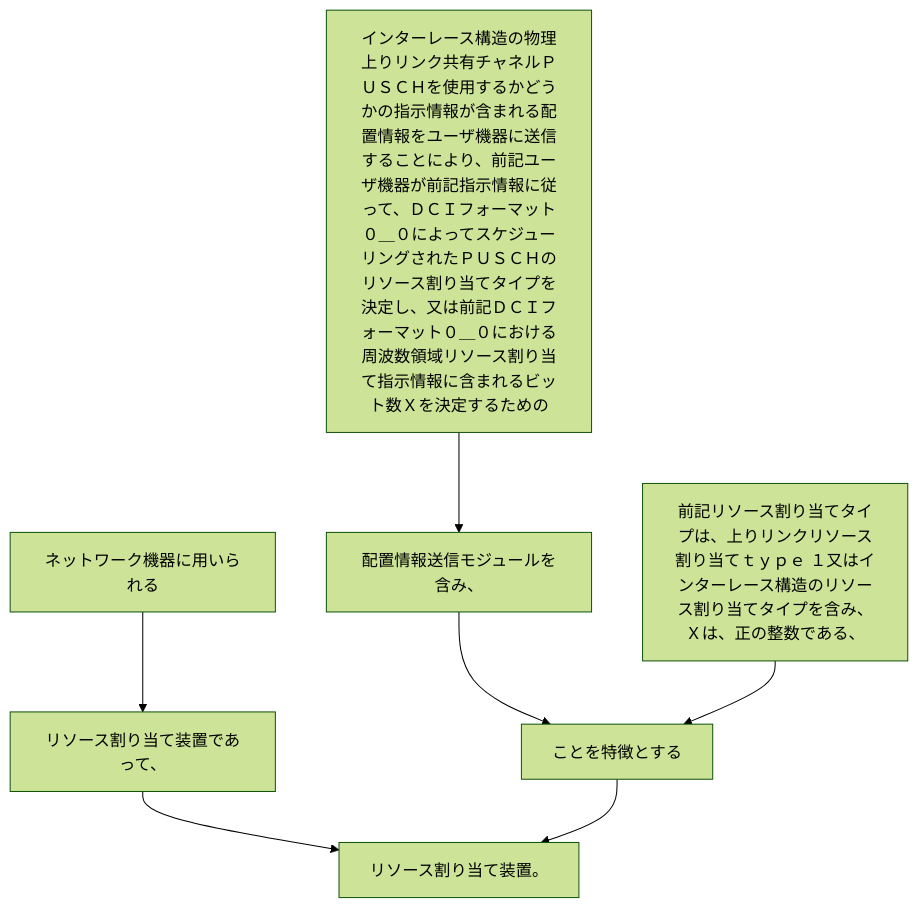
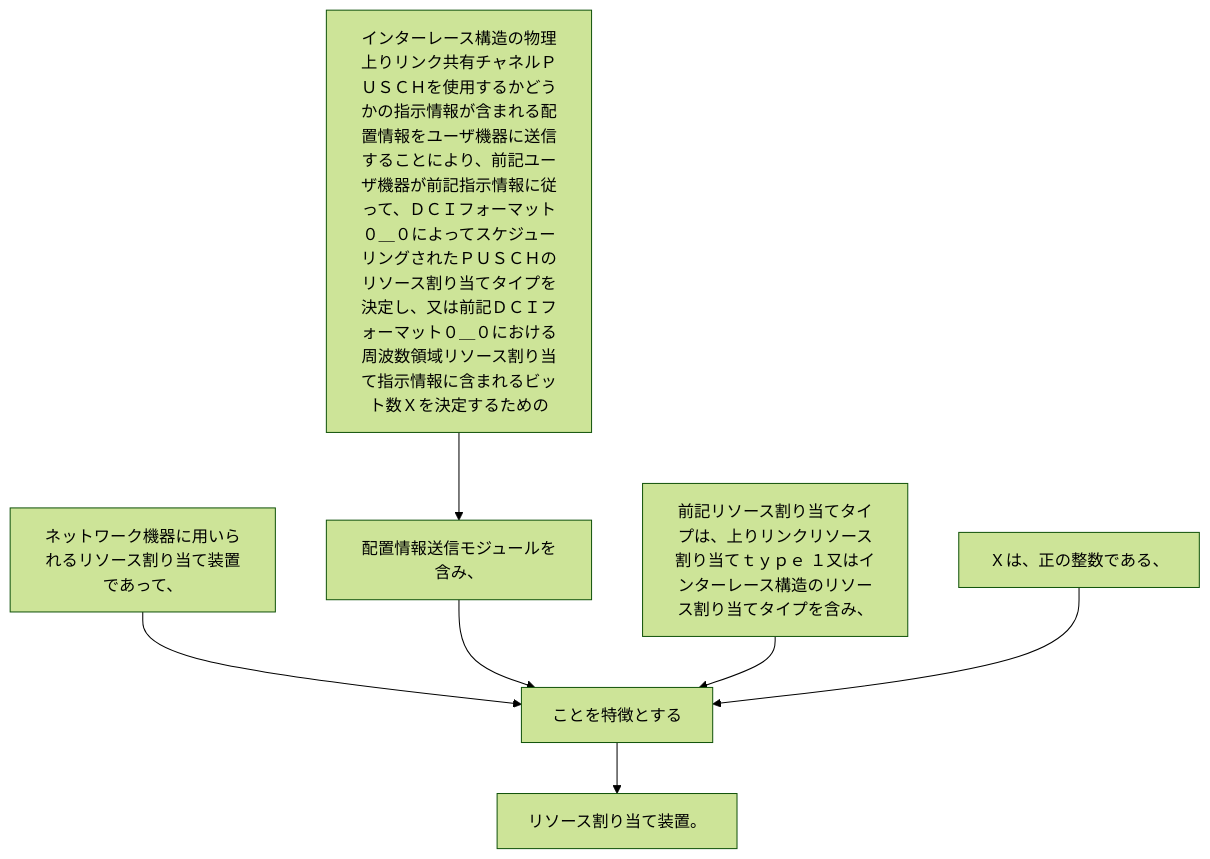
Before and after one commit to shinmori55/patent_analyzed: the diagram in 2024/JP2024029186A/claim_23/README.md, drawn with Mermaid (forest theme). The commit also changed 336 other files, not shown here.

````diff
--- a/2024/JP2024029186A/claim_23/README.md
+++ b/2024/JP2024029186A/claim_23/README.md
@@ -3,16 +3,16 @@
 ```mermaid
 flowchart TD
-A[ネットワーク機器に用いられる]
-B[リソース割り当て装置であって、]
-C[インターレース構造の物理上りリンク共有チャネルＰＵＳＣＨを使用するかどうかの指示情報が含まれる配置情報をユーザ機器に送信することにより、前記ユーザ機器が前記指示情報に従って、ＤＣＩフォーマット０＿０によってスケジューリングされたＰＵＳＣＨのリソース割り当てタイプを決定し、又は前記ＤＣＩフォーマット０＿０における周波数領域リソース割り当て指示情報に含まれるビット数Ｘを決定するための]
-D[配置情報送信モジュールを含み、]
-E[前記リソース割り当てタイプは、上りリンクリソース割り当てｔｙｐｅ １又はインターレース構造のリソース割り当てタイプを含み、Ｘは、正の整数である、]
+A[ネットワーク機器に用いられるリソース割り当て装置であって、]
+B[インターレース構造の物理上りリンク共有チャネルＰＵＳＣＨを使用するかどうかの指示情報が含まれる配置情報をユーザ機器に送信することにより、前記ユーザ機器が前記指示情報に従って、ＤＣＩフォーマット０＿０によってスケジューリングされたＰＵＳＣＨのリソース割り当てタイプを決定し、又は前記ＤＣＩフォーマット０＿０における周波数領域リソース割り当て指示情報に含まれるビット数Ｘを決定するための]
+C[配置情報送信モジュールを含み、]
+D[前記リソース割り当てタイプは、上りリンクリソース割り当てｔｙｐｅ １又はインターレース構造のリソース割り当てタイプを含み、]
+E[Ｘは、正の整数である、]
 F[ことを特徴とする]
 G[リソース割り当て装置。]
-A --> B
-B --> G
-C --> D
+A --> F
+B --> C
+C --> F
 D --> F
 E --> F
 F --> G
 ```
````
